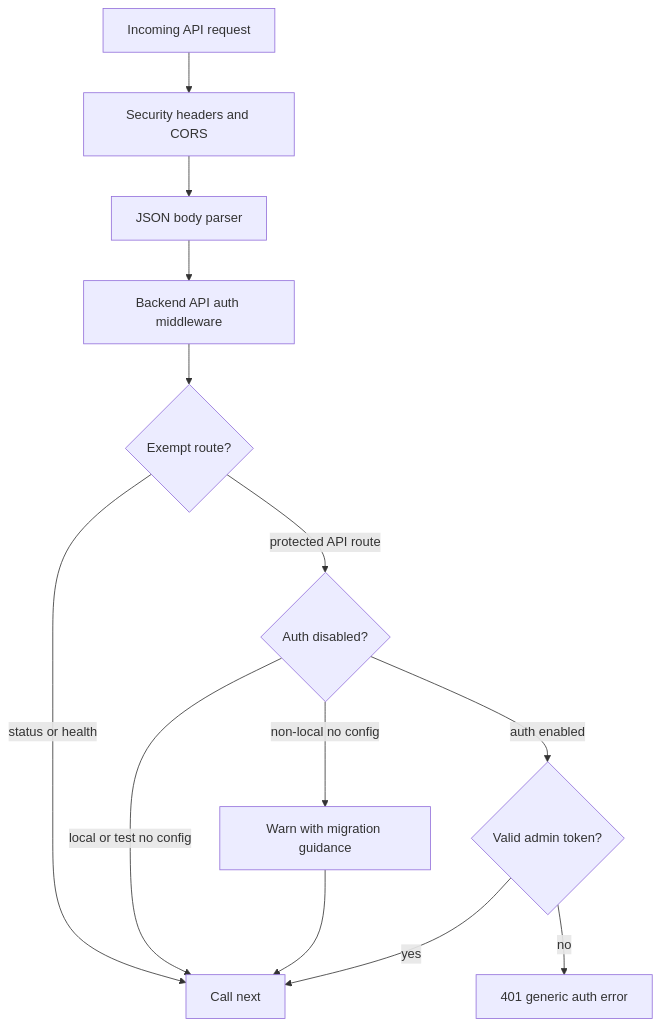
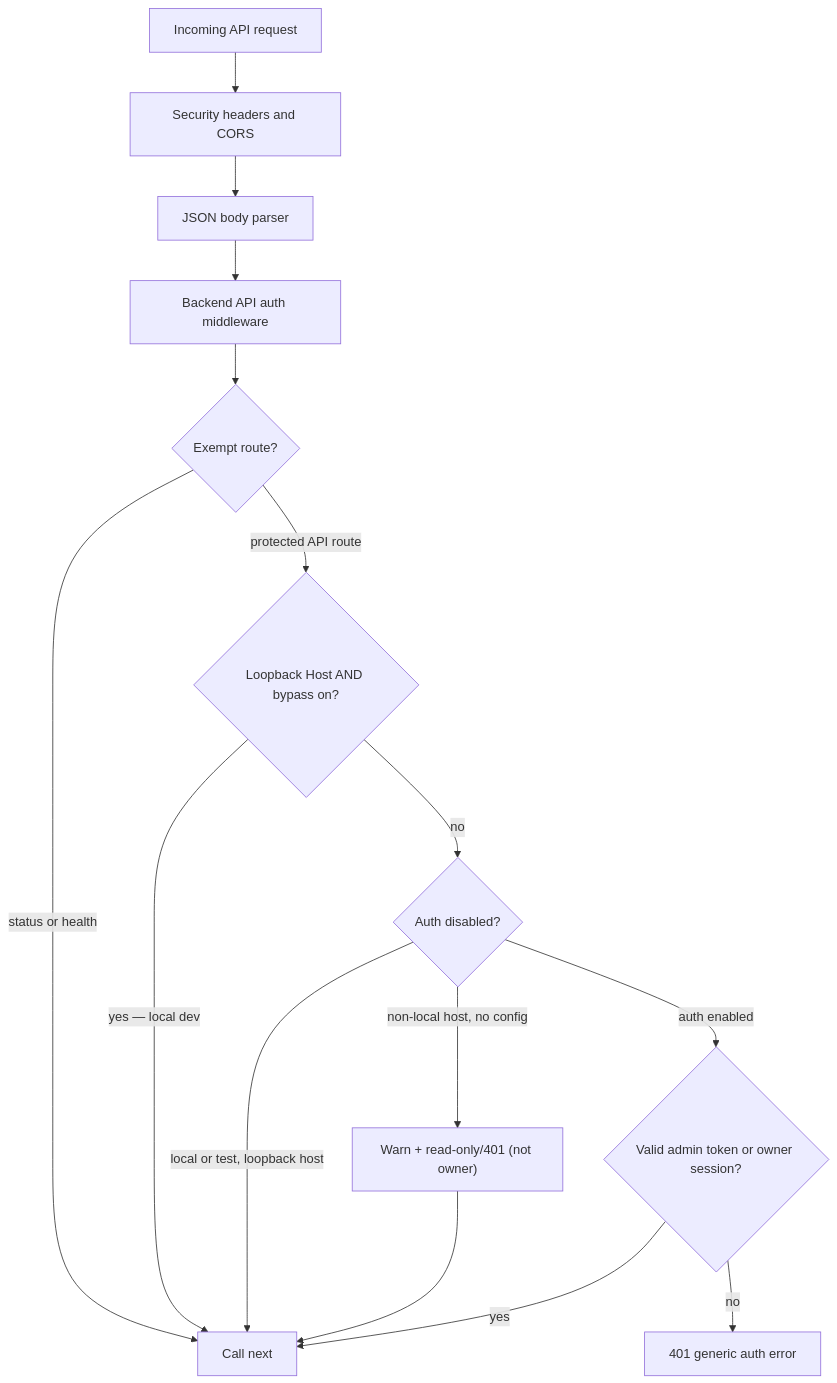
Before and after one commit to andkirby/markdown-ticket: the first of 2 diagrams in docs/CRs/MDT-157/architecture.md, drawn with Mermaid. The commit also changed other lines of this file and 21 other files, not shown here.

````diff
--- a/docs/CRs/MDT-157/architecture.md
+++ b/docs/CRs/MDT-157/architecture.md
@@ -19,15 +19,17 @@
 ```mermaid
 flowchart TD
   A["Incoming API request"] --> B["Security headers and CORS"]
   B --> C["JSON body parser"]
   C --> D["Backend API auth middleware"]
   D --> F{"Exempt route?"}
   F -->|"status or health"| H["Call next"]
-  F -->|"protected API route"| E{"Auth disabled?"}
-  E -->|"local or test no config"| H
-  E -->|"non-local no config"| W["Warn with migration guidance"]
+  F -->|"protected API route"| L{"Loopback Host AND bypass on?"}
+  L -->|"yes — local dev"| H
+  L -->|"no"| E{"Auth disabled?"}
+  E -->|"local or test, loopback host"| H
+  E -->|"non-local host, no config"| W["Warn + read-only/401 (not owner)"]
   W --> H
-  E -->|"auth enabled"| G{"Valid admin token?"}
+  E -->|"auth enabled"| G{"Valid admin token or owner session?"}
   G -->|"yes"| H
   G -->|"no"| I["401 generic auth error"]
 ```
````
